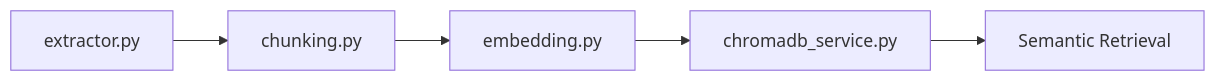
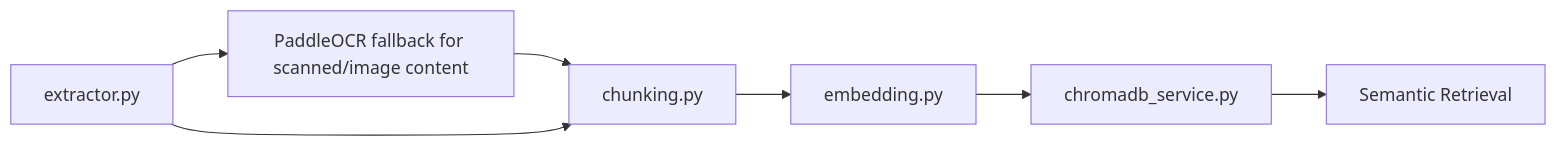
The sixth of 8 diagrams in PROJECT_GUIDE.md (Prathiksha-2126/Development-of-AI-Based-Knowledge-Retrieval-Platform-with-Query-Resolution-System), drawn with Mermaid before and after one commit. The commit also changed other lines of this file and 78 other files, not shown here.

````diff
--- a/PROJECT_GUIDE.md
+++ b/PROJECT_GUIDE.md
@@ -914,7 +1208,9 @@
 ```mermaid
 graph LR
-    E[extractor.py] --> C[chunking.py]
+    E[extractor.py] --> OCR[PaddleOCR fallback for scanned/image content]
+    OCR --> C[chunking.py]
+    E --> C
     C --> EMB[embedding.py]
     EMB --> DB[chromadb_service.py]
     DB --> SR[Semantic Retrieval]
 ```
````
